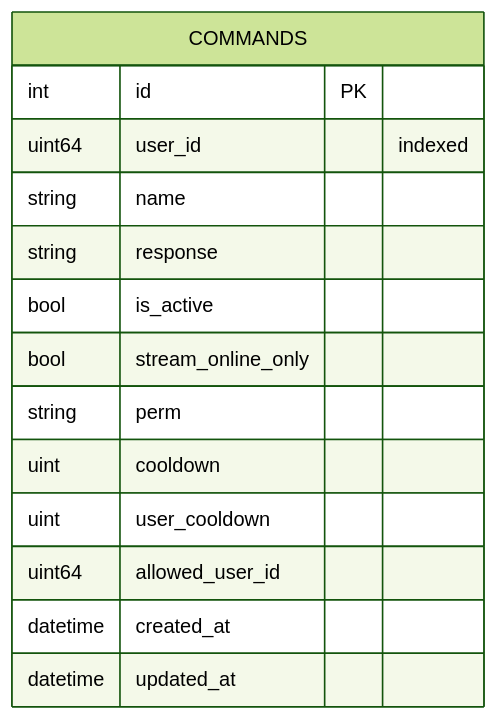
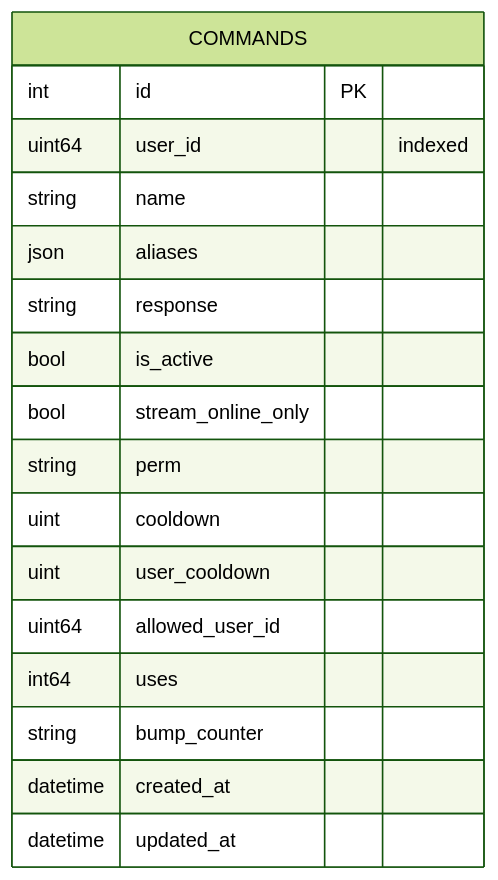
Before and after one commit to AdamOusmer/ItsBagelBot: the third of 5 diagrams in web/docs/src/content/docs/data-and-state/database.md, drawn with Mermaid (forest theme). The commit also changed other lines of this file and 97 other files, not shown here.

````diff
--- a/web/docs/src/content/docs/data-and-state/database.md
+++ b/web/docs/src/content/docs/data-and-state/database.md
@@ -114,17 +141,20 @@
 ```mermaid
 erDiagram
     COMMANDS {
         int id PK
         uint64 user_id "indexed"
         string name
+        json aliases
         string response
         bool is_active
         bool stream_online_only
         string perm
         uint cooldown
         uint user_cooldown
         uint64 allowed_user_id
+        int64 uses
+        string bump_counter
         datetime created_at
         datetime updated_at
     }
 ```
````
